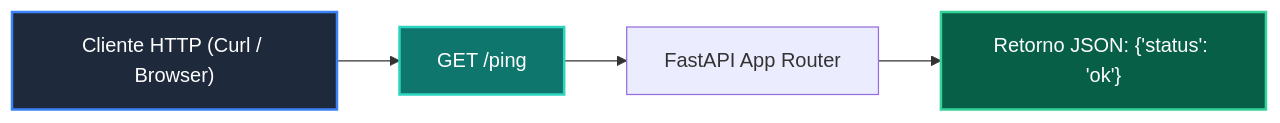
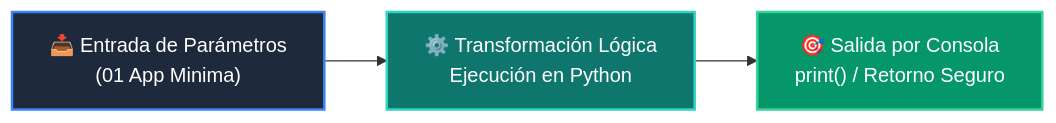
The diagram in 04-proyecto-final/clase-02-backend-fastapi/ejemplos/ejemplo_01_app_minima/README.md (wisrovi/wisrovi-python), drawn with Mermaid before and after one commit. The commit also changed other lines of this file and 226 other files, not shown here.

Commit message:
docs: elevate all repository READMEs to world-class mastery standard with rich pedagogical architecture, custom Mermaids, and professional styling

````diff
--- a/04-proyecto-final/clase-02-backend-fastapi/ejemplos/ejemplo_01_app_minima/README.md
+++ b/04-proyecto-final/clase-02-backend-fastapi/ejemplos/ejemplo_01_app_minima/README.md
@@ -12,10 +19,9 @@
 ```mermaid
 flowchart LR
-    CLIENT["Cliente HTTP (Curl / Browser)"] --> GET["GET /ping"]
-    GET --> APP["FastAPI App Router"]
-    APP --> JSON["Retorno JSON: {'status': 'ok'}"]
+    A["📥 Entrada de Parámetros<br/>(01 App Minima)"] --> B["⚙️ Transformación Lógica<br/>Ejecución en Python"]
+    B --> C["🎯 Salida por Consola<br/>print() / Retorno Seguro"]
 
-    style CLIENT fill:#1e293b,color:#fff,stroke:#3b82f6,stroke-width:2px
-    style GET fill:#0f766e,color:#fff,stroke:#2dd4bf,stroke-width:2px
-    style JSON fill:#065f46,color:#fff,stroke:#34d399,stroke-width:2px
+    style A fill:#1e293b,color:#ffffff,stroke:#3b82f6,stroke-width:2px
+    style B fill:#0f766e,color:#ffffff,stroke:#2dd4bf,stroke-width:2px
+    style C fill:#059669,color:#ffffff,stroke:#34d399,stroke-width:2px
 ```
````
